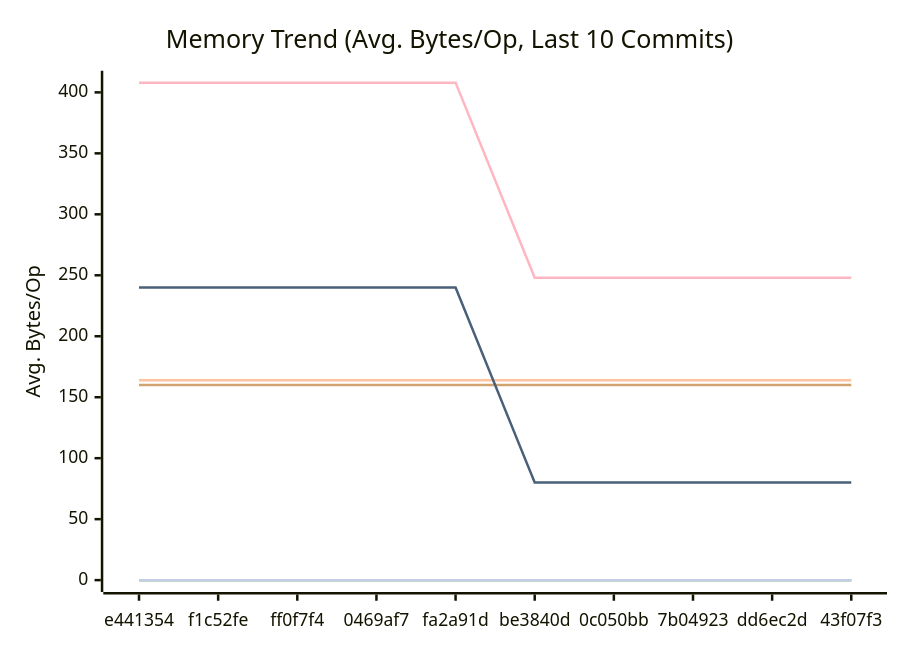
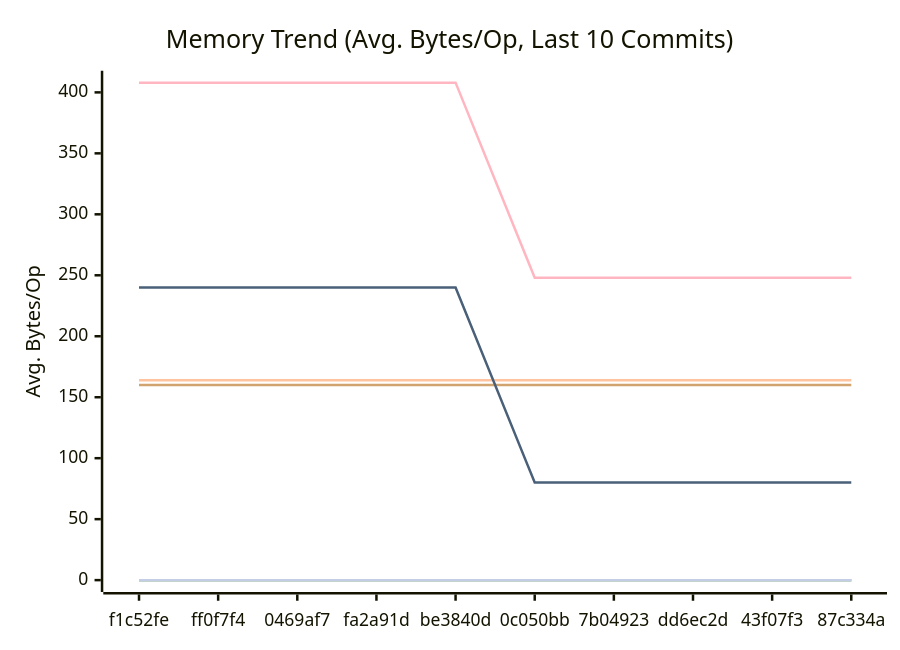
The second of 3 diagrams in docs/PERFORMANCE.md (alsotoes/momo), drawn with Mermaid before and after one commit. The commit also changed other lines of this file and 3 other files, not shown here.

````diff
--- a/docs/PERFORMANCE.md
+++ b/docs/PERFORMANCE.md
@@ -97,16 +97,16 @@
 ```mermaid
 xychart-beta
     title "Memory Trend (Avg. Bytes/Op, Last 10 Commits)"
     x-axis "Commit"
     y-axis "Avg. Bytes/Op"
-    x-axis [e441354,f1c52fe,ff0f7f4,0469af7,fa2a91d,be3840d,0c050bb,7b04923,dd6ec2d,43f07f3]
+    x-axis [f1c52fe,ff0f7f4,0469af7,fa2a91d,be3840d,0c050bb,7b04923,dd6ec2d,43f07f3,87c334a]
     line "CheckMetricsAndSwap" [0,0,0,0,0,0,0,0,0,0]
     line "CrushOptimized" [0,0,0,0,0,0,0,0,0,0]
     line "CrushOriginal" [164,164,164,164,164,164,164,164,164,164]
     line "IndexDirectTracking" [0,0,0,0,0,0,0,0,0,0]
     line "IndexSearch" [0,0,0,0,0,0,0,0,0,0]
     line "LoadGlobalConfig" [160,160,160,160,160,160,160,160,160,160]
     line "PadString" [0,0,0,0,0,0,0,0,0,0]
     line "ParseReplicationOrder_NoPrealloc" [408,408,408,408,408,248,248,248,248,248]
     line "ParseReplicationOrder_Prealloc" [240,240,240,240,240,80,80,80,80,80]
 ```
````
